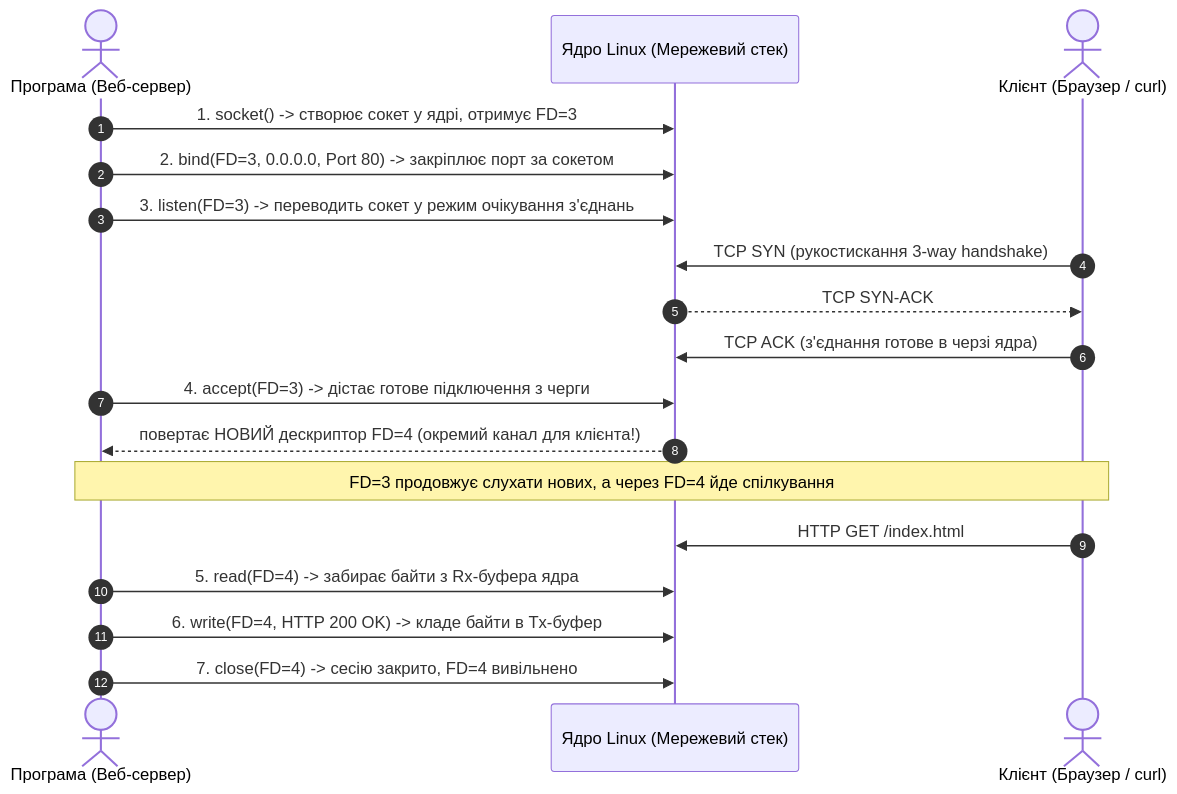
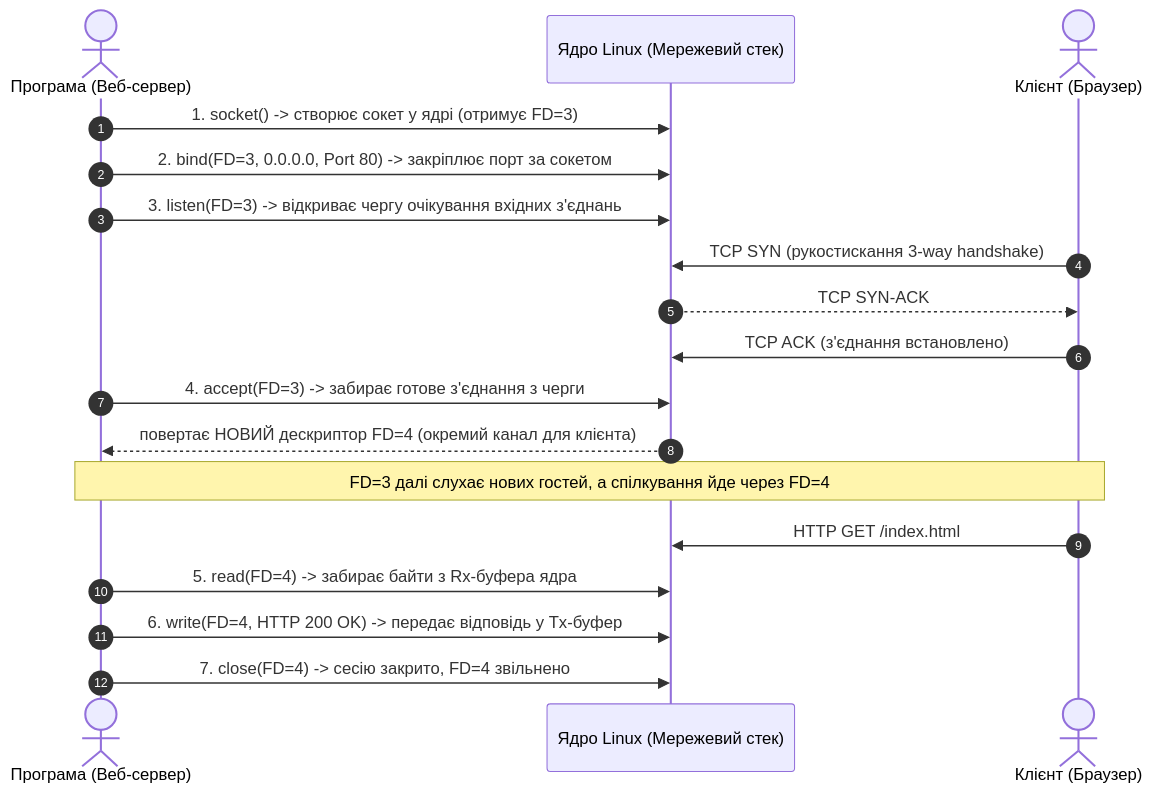
Before and after one commit to vplanto/cloud_grid: the second of 2 diagrams in docs/03_isolation_mechanics_prerequisites.md, drawn with Mermaid. The commit also changed other lines of this file and 11 other files, not shown here.

````diff
--- a/docs/03_isolation_mechanics_prerequisites.md
+++ b/docs/03_isolation_mechanics_prerequisites.md
@@ -187,21 +169,21 @@
 ```mermaid
 sequenceDiagram
     autonumber
     actor App as Програма (Веб-сервер)
     participant Kernel as Ядро Linux (Мережевий стек)
-    actor Client as Клієнт (Браузер / curl)
+    actor Client as Клієнт (Браузер)
 
-    App->>Kernel: 1. socket() -> створює сокет у ядрі, отримує FD=3
+    App->>Kernel: 1. socket() -> створює сокет у ядрі (отримує FD=3)
     App->>Kernel: 2. bind(FD=3, 0.0.0.0, Port 80) -> закріплює порт за сокетом
-    App->>Kernel: 3. listen(FD=3) -> переводить сокет у режим очікування з'єднань
+    App->>Kernel: 3. listen(FD=3) -> відкриває чергу очікування вхідних з'єднань
     Client->>Kernel: TCP SYN (рукостискання 3-way handshake)
     Kernel-->>Client: TCP SYN-ACK
-    Client->>Kernel: TCP ACK (з'єднання готове в черзі ядра)
-    App->>Kernel: 4. accept(FD=3) -> дістає готове підключення з черги
-    Kernel-->>App: повертає НОВИЙ дескриптор FD=4 (окремий канал для клієнта!)
-    Note over App, Client: FD=3 продовжує слухати нових, а через FD=4 йде спілкування
+    Client->>Kernel: TCP ACK (з'єднання встановлено)
+    App->>Kernel: 4. accept(FD=3) -> забирає готове з'єднання з черги
+    Kernel-->>App: повертає НОВИЙ дескриптор FD=4 (окремий канал для клієнта)
+    Note over App, Client: FD=3 далі слухає нових гостей, а спілкування йде через FD=4
     Client->>Kernel: HTTP GET /index.html
     App->>Kernel: 5. read(FD=4) -> забирає байти з Rx-буфера ядра
-    App->>Kernel: 6. write(FD=4, HTTP 200 OK) -> кладе байти в Tx-буфер
-    App->>Kernel: 7. close(FD=4) -> сесію закрито, FD=4 вивільнено
+    App->>Kernel: 6. write(FD=4, HTTP 200 OK) -> передає відповідь у Tx-буфер
+    App->>Kernel: 7. close(FD=4) -> сесію закрито, FD=4 звільнено
 ```
````
